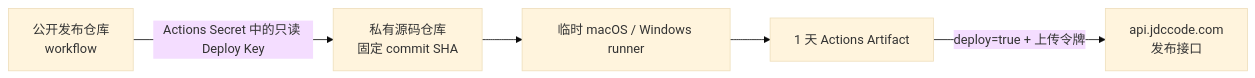
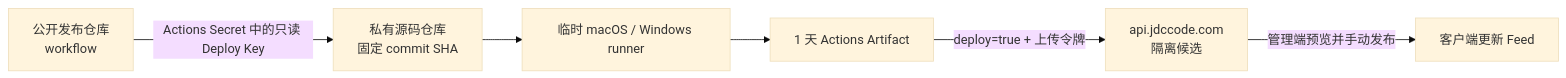
Before and after one commit to u53/jdc-code-release: the diagram in docs/private-source-release.md, drawn with Mermaid (base theme). The commit also changed other lines of this file and 1 other file, not shown here.

````diff
--- a/docs/private-source-release.md
+++ b/docs/private-source-release.md
@@ -7,7 +7,8 @@
 ```mermaid
 flowchart LR
   A["公开发布仓库<br/>workflow"] -->|"Actions Secret 中的只读 Deploy Key"| B["私有源码仓库<br/>固定 commit SHA"]
   B --> C["临时 macOS / Windows runner"]
   C --> D["1 天 Actions Artifact"]
-  D -->|"deploy=true + 上传令牌"| E["api.jdccode.com<br/>发布接口"]
+  D -->|"deploy=true + 上传令牌"| E["api.jdccode.com<br/>隔离候选"]
+  E -->|"管理端预览并手动发布"| F["客户端更新 Feed"]
 ```
````
